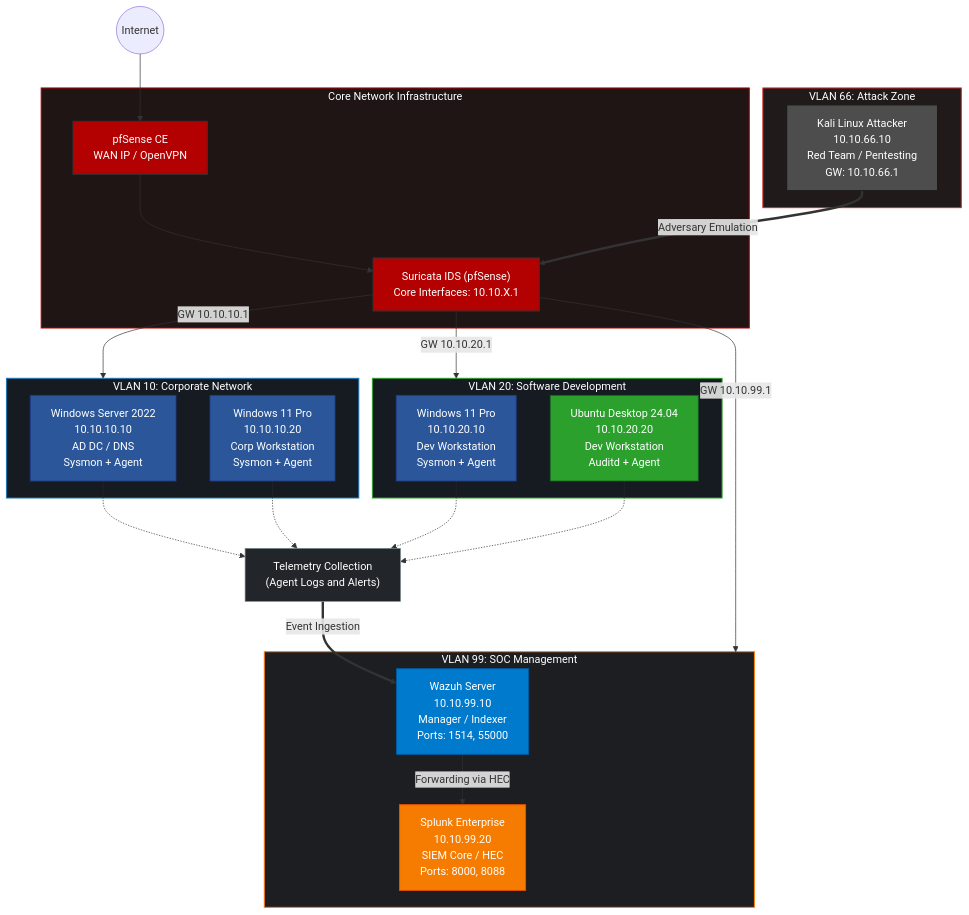
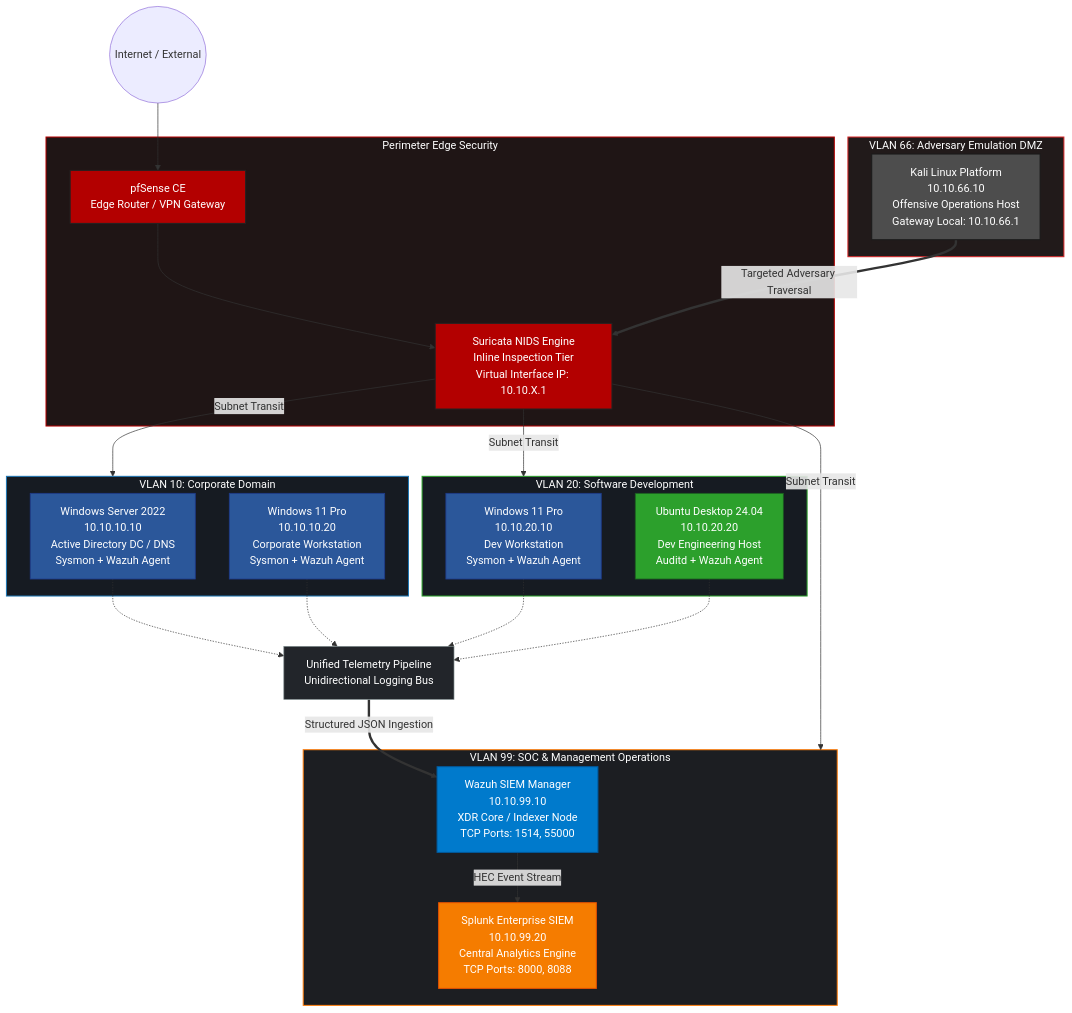
Before and after one commit to DanielBandarica02/SOC-HomeLab: the diagram in README.md, drawn with Mermaid.

````diff
--- a/README.md
+++ b/README.md
@@ -17,80 +17,79 @@
 ```mermaid
 graph TD
     %% ==========================================
-    %% STYLE AND COLOR CONFIGURATION
+    %% GLOBAL CLASS DEFINITIONS & GRAPH THEME
     %% ==========================================
-    classDef pfSense fill:#b30000,stroke:#333,stroke-width:1.5px,color:#fff;
-    classDef wazuh fill:#007acc,stroke:#005a9e,stroke-width:1.5px,color:#fff;
-    classDef splunk fill:#f57c00,stroke:#e65100,stroke-width:1.5px,color:#fff;
-    classDef windows fill:#2b579a,stroke:#1e3a8a,stroke-width:1.2px,color:#fff;
-    classDef linux fill:#2ca02c,stroke:#1b5e20,stroke-width:1.2px,color:#fff;
-    classDef kali fill:#4d4d4d,stroke:#1a1a1a,stroke-width:1.5px,color:#fff;
-    classDef logs fill:#22252a,stroke:#7f8c8d,stroke-width:1px,color:#fff;
+    classDef perimeter fill:#b30000,stroke:#222,stroke-width:1.5px,color:#fff;
+    classDef ingest fill:#007acc,stroke:#005a9e,stroke-width:1.5px,color:#fff;
+    classDef siem fill:#f57c00,stroke:#e65100,stroke-width:1.5px,color:#fff;
+    classDef winNode fill:#2b579a,stroke:#1e3a8a,stroke-width:1.2px,color:#fff;
+    classDef nixNode fill:#2ca02c,stroke:#1b5e20,stroke-width:1.2px,color:#fff;
+    classDef redNode fill:#4d4d4d,stroke:#1a1a1a,stroke-width:1.5px,color:#fff;
+    classDef transit fill:#22252a,stroke:#7f8c8d,stroke-width:1px,color:#fff;
 
     %% ==========================================
-    %% PERIMETER / FIREWALL BLOCK
+    %% EDGE & BOUNDARY CONTROL
     %% ==========================================
-    Internet((Internet)) --> pfSense
-    
-    subgraph LAB_CORE [Core Network Infrastructure]
-        pfSense[pfSense CE<br>WAN IP / OpenVPN]:::pfSense
-        Suricata["Suricata IDS (pfSense)<br>Core Interfaces: 10.10.X.1"]:::pfSense
-        pfSense --> Suricata
+    WAN_IN((Internet / External)) --> FW_CORE
+
+    subgraph SECURITY_EDGE [Perimeter Edge Security]
+        FW_CORE[pfSense CE<br>Edge Router / VPN Gateway]:::perimeter
+        IDS_CORE["Suricata NIDS Engine<br>Inline Inspection Tier<br>Virtual Interface IP: 10.10.X.1"]:::perimeter
+        FW_CORE --> IDS_CORE
     end
 
     %% ==========================================
-    %% INTERNAL NETWORK SEGMENTS
+    %% PRIVILEGED & ENDPOINT ZONE INFRASTRUCTURE
     %% ==========================================
-    
-    subgraph CORP_ZONE [VLAN 10: Corporate Network]
-        WinServer["Windows Server 2022<br>10.10.10.10<br>AD DC / DNS<br>Sysmon + Agent"]:::windows
-        Win11Corp["Windows 11 Pro<br>10.10.10.20<br>Corp Workstation<br>Sysmon + Agent"]:::windows
+    subgraph VLAN_10 [VLAN 10: Corporate Domain]
+        DC_2022["Windows Server 2022<br>10.10.10.10<br>Active Directory DC / DNS<br>Sysmon + Wazuh Agent"]:::winNode
+        CL_CORP["Windows 11 Pro<br>10.10.10.20<br>Corporate Workstation<br>Sysmon + Wazuh Agent"]:::winNode
     end
 
-    subgraph DEV_ZONE [VLAN 20: Software Development]
-        Win11Dev["Windows 11 Pro<br>10.10.20.10<br>Dev Workstation<br>Sysmon + Agent"]:::windows
-        UbuDesk["Ubuntu Desktop 24.04<br>10.10.20.20<br>Dev Workstation<br>Auditd + Agent"]:::linux
+    subgraph VLAN_20 [VLAN 20: Software Development]
+        CL_DEV_W["Windows 11 Pro<br>10.10.20.10<br>Dev Workstation<br>Sysmon + Wazuh Agent"]:::winNode
+        CL_DEV_U["Ubuntu Desktop 24.04<br>10.10.20.20<br>Dev Engineering Host<br>Auditd + Wazuh Agent"]:::nixNode
     end
 
-    subgraph SOC_ZONE [VLAN 99: SOC Management]
-        Wazuh["Wazuh Server<br>10.10.99.10<br>Manager / Indexer<br>Ports: 1514, 55000"]:::wazuh
-        Splunk["Splunk Enterprise<br>10.10.99.20<br>SIEM Core / HEC<br>Ports: 8000, 8088"]:::splunk
-        Wazuh -->|Forwarding via HEC| Splunk
+    subgraph VLAN_99 [VLAN 99: SOC & Management Operations]
+        SOC_WAZUH["Wazuh SIEM Manager<br>10.10.99.10<br>XDR Core / Indexer Node<br>TCP Ports: 1514, 55000"]:::ingest
+        SOC_SPLUNK["Splunk Enterprise SIEM<br>10.10.99.20<br>Central Analytics Engine<br>TCP Ports: 8000, 8088"]:::siem
+        SOC_WAZUH -->|HEC Event Stream| SOC_SPLUNK
     end
 
     %% ==========================================
-    %% ATTACK SEGMENT
+    %% UNTRUSTED DMZ ZONE
     %% ==========================================
-    subgraph ATK_NET [VLAN 66: Attack Zone]
-        Kali["Kali Linux Attacker<br>10.10.66.10<br>Red Team / Pentesting<br>GW: 10.10.66.1"]:::kali
+    subgraph VLAN_66 [VLAN 66: Adversary Emulation DMZ]
+        ATK_KALI["Kali Linux Platform<br>10.10.66.10<br>Offensive Operations Host<br>Gateway Local: 10.10.66.1"]:::redNode
     end
 
     %% ==========================================
-    %% LOGICAL LOG CONCENTRATOR
+    %% TELEMETRY BUS
     %% ==========================================
-    LogCollector["Telemetry Collection<br>(Agent Logs and Alerts)"]:::logs
+    LOG_BUS["Unified Telemetry Pipeline<br>Unidirectional Logging Bus"]:::transit
 
-    %% Routing and Network Flows from Core
-    Suricata -->|GW 10.10.10.1| CORP_ZONE
-    Suricata -->|GW 10.10.20.1| DEV_ZONE
-    Suricata -->|GW 10.10.99.1| SOC_ZONE
+    %% Inter-VLAN Routing Vectors
+    IDS_CORE -->|Subnet Transit| VLAN_10
+    IDS_CORE -->|Subnet Transit| VLAN_20
+    IDS_CORE -->|Subnet Transit| VLAN_99
 
-    %% Attack Flow
-    Kali ==>|Adversary Emulation| Suricata
+    %% Adversary Engagement Vector
+    ATK_KALI ==>|Targeted Adversary Traversal| IDS_CORE
     
-    %% Telemetry Flows
-    WinServer -.-> LogCollector
-    Win11Corp -.-> LogCollector
-    Win11Dev -.-> LogCollector
-    UbuDesk -.-> LogCollector
-    LogCollector ==>|Event Ingestion| Wazuh
+    %% Telemetry Collection Mappings
+    DC_2022 -.-> LOG_BUS
+    CL_CORP -.-> LOG_BUS
+    CL_DEV_W -.-> LOG_BUS
+    CL_DEV_U -.-> LOG_BUS
+    LOG_BUS ==>|Structured JSON Ingestion| SOC_WAZUH
 
     %% ==========================================
-    %% DARK MODE STYLES FOR THE CONTAINERS
+    %% CONTAINER RENDERING & COLOR COMPATIBILITY
     %% ==========================================
-    style CORP_ZONE fill:#161b22,stroke:#1f77b4,stroke-width:1.5px,color:#fff;
-    style DEV_ZONE fill:#161b22,stroke:#2ca02c,stroke-width:1.5px,color:#fff;
-    style SOC_ZONE fill:#1c1e22,stroke:#ff7f0e,stroke-width:1.5px,color:#fff;
-    style ATK_NET fill:#211a1a,stroke:#d62728,stroke-width:1.5px,color:#fff;
-    style LAB_CORE fill:#1f1515,stroke:#b30000,stroke-width:1.5px,color:#fff;
+    style VLAN_10 fill:#161b22,stroke:#1f77b4,stroke-width:1.5px,color:#fff;
+    style VLAN_20 fill:#161b22,stroke:#2ca02c,stroke-width:1.5px,color:#fff;
+    style VLAN_99 fill:#1c1e22,stroke:#ff7f0e,stroke-width:1.5px,color:#fff;
+    style VLAN_66 fill:#211a1a,stroke:#d62728,stroke-width:1.5px,color:#fff;
+    style SECURITY_EDGE fill:#1f1515,stroke:#b30000,stroke-width:1.5px,color:#fff;
 ```
````
